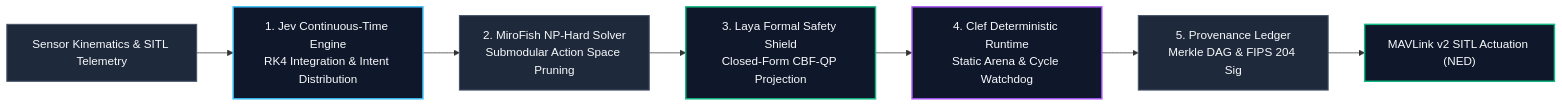
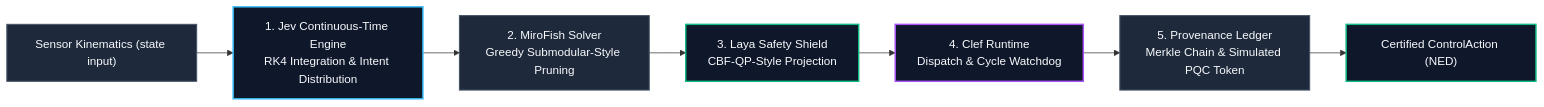
Before and after one commit to AAH20/apex-decisioncore: the diagram in README.md, drawn with Mermaid. The commit also changed other lines of this file and 1 other file, not shown here.

````diff
--- a/README.md
+++ b/README.md
@@ -44,14 +46,14 @@
 ```mermaid
 flowchart LR
     classDef darkSlate fill:#1e293b,stroke:#475569,stroke-width:1.5px,color:#f8fafc;
     classDef blueAccent fill:#0f172a,stroke:#38bdf8,stroke-width:2px,color:#f8fafc;
     classDef emeraldAccent fill:#0f172a,stroke:#10b981,stroke-width:2px,color:#f8fafc;
     classDef violetAccent fill:#0f172a,stroke:#a855f7,stroke-width:2px,color:#f8fafc;
 
-    Sensors["Sensor Kinematics & SITL Telemetry"]:::darkSlate --> Jev["1. Jev Continuous-Time Engine<br/>RK4 Integration & Intent Distribution"]:::blueAccent
-    Jev --> MiroFish["2. MiroFish NP-Hard Solver<br/>Submodular Action Space Pruning"]:::darkSlate
-    MiroFish --> Laya["3. Laya Formal Safety Shield<br/>Closed-Form CBF-QP Projection"]:::emeraldAccent
-    Laya --> Clef["4. Clef Deterministic Runtime<br/>Static Arena & Cycle Watchdog"]:::violetAccent
-    Clef --> Ledger["5. Provenance Ledger<br/>Merkle DAG & FIPS 204 Sig"]:::darkSlate
-    Ledger --> Actuators["MAVLink v2 SITL Actuation (NED)"]:::emeraldAccent
+    Sensors["Sensor Kinematics (state input)"]:::darkSlate --> Jev["1. Jev Continuous-Time Engine<br/>RK4 Integration & Intent Distribution"]:::blueAccent
+    Jev --> MiroFish["2. MiroFish Solver<br/>Greedy Submodular-Style Pruning"]:::darkSlate
+    MiroFish --> Laya["3. Laya Safety Shield<br/>CBF-QP-Style Projection"]:::emeraldAccent
+    Laya --> Clef["4. Clef Runtime<br/>Dispatch & Cycle Watchdog"]:::violetAccent
+    Clef --> Ledger["5. Provenance Ledger<br/>Merkle Chain & Simulated PQC Token"]:::darkSlate
+    Ledger --> Actuators["Certified ControlAction (NED)"]:::emeraldAccent
 ```
````
